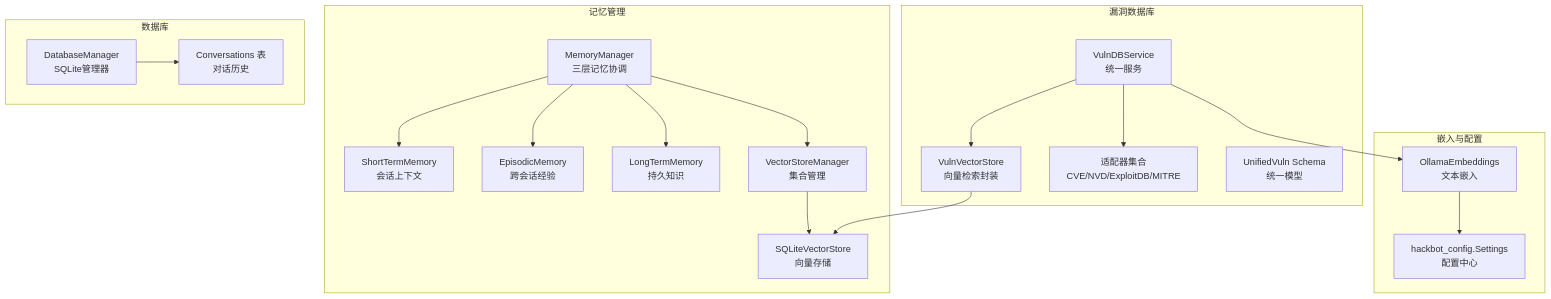
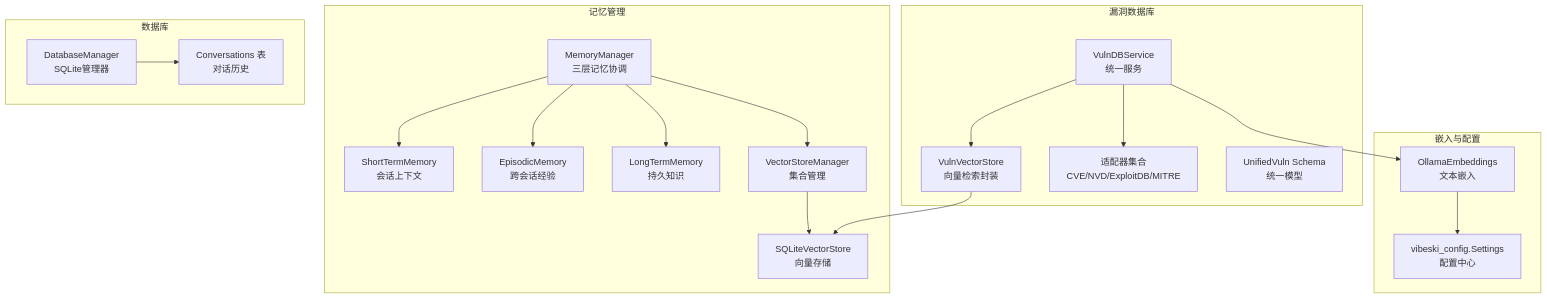
The first of 7 diagrams in .qoder/repowiki/zh/content/内存与知识管理/内存与知识管理.md (crabin/VIBESKI), drawn with Mermaid before and after one commit. The commit also changed other lines of this file and 170 other files, not shown here.

Commit message:
chore: rename all secbot/hackbot identifiers to vibeski

````diff
--- a/.qoder/repowiki/zh/content/内存与知识管理/内存与知识管理.md
+++ b/.qoder/repowiki/zh/content/内存与知识管理/内存与知识管理.md
@@ -46,36 +46,36 @@
 ```mermaid
 graph TB
 subgraph "记忆管理"
 MM["MemoryManager<br/>三层记忆协调"]
 STM["ShortTermMemory<br/>会话上下文"]
 EM["EpisodicMemory<br/>跨会话经验"]
 LTM["LongTermMemory<br/>持久知识"]
 VS["SQLiteVectorStore<br/>向量存储"]
 VSM["VectorStoreManager<br/>集合管理"]
 end
 subgraph "漏洞数据库"
 VDS["VulnDBService<br/>统一服务"]
 VVS["VulnVectorStore<br/>向量检索封装"]
 ADP["适配器集合<br/>CVE/NVD/ExploitDB/MITRE"]
 SCH["UnifiedVuln Schema<br/>统一模型"]
 end
 subgraph "嵌入与配置"
 EMB["OllamaEmbeddings<br/>文本嵌入"]
-CFG["hackbot_config.Settings<br/>配置中心"]
+CFG["vibeski_config.Settings<br/>配置中心"]
 end
 subgraph "数据库"
 DBM["DatabaseManager<br/>SQLite管理器"]
 DBC["Conversations 表<br/>对话历史"]
 end
 MM --> STM
 MM --> EM
 MM --> LTM
 MM --> VSM
 VSM --> VS
 VDS --> VVS
 VDS --> ADP
 VDS --> EMB
 VVS --> VS
 EMB --> CFG
 DBM --> DBC
 ```
````
